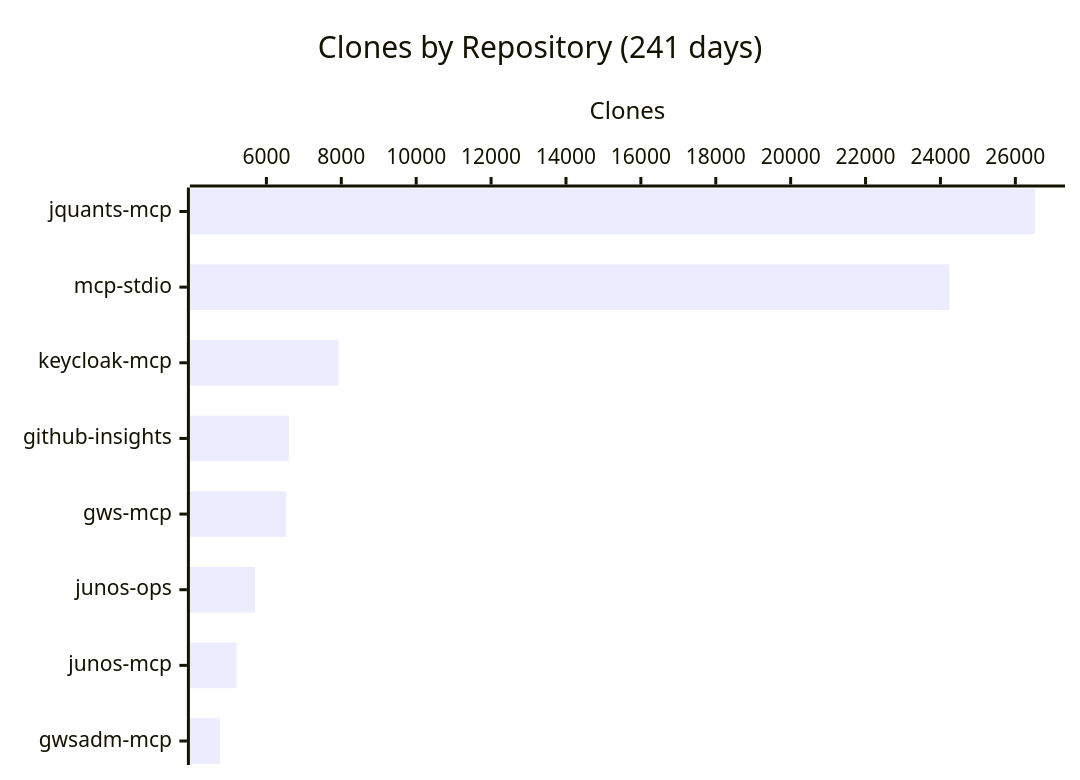
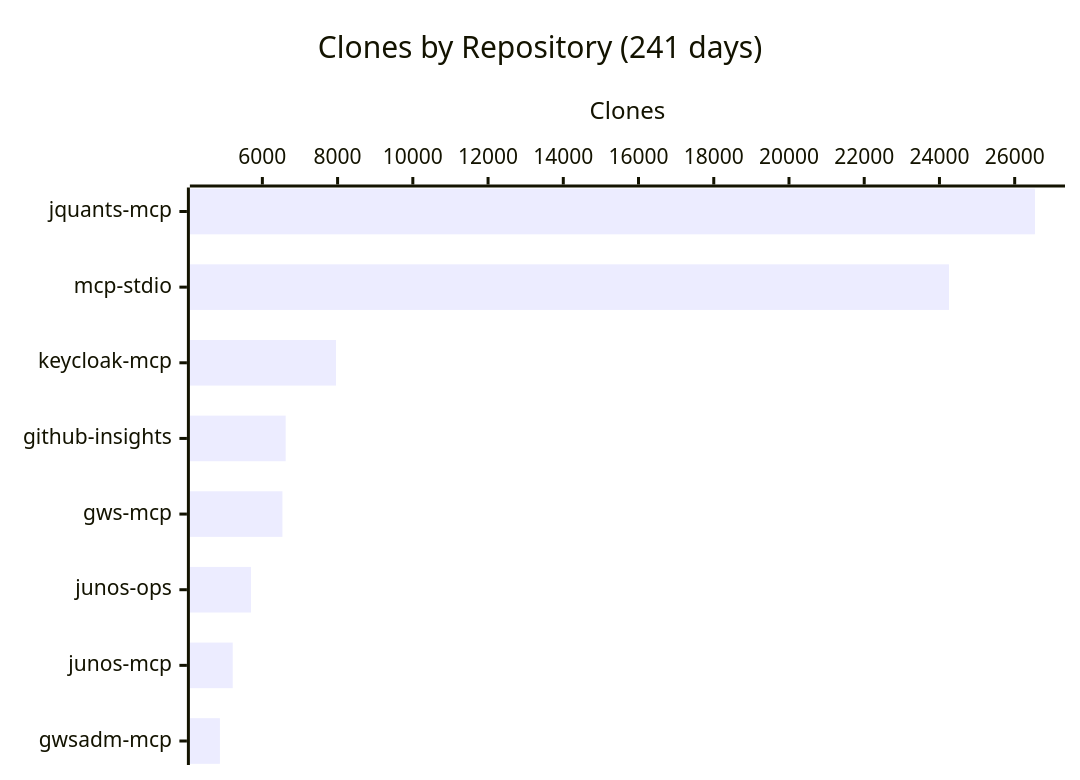
One commit to shigechika/github-insights changed the fourth of 4 diagrams in README.md. Above: the diagram before and after it, drawn with Mermaid. The commit also changed other lines of this file and 1 other file, not shown here.

````diff
--- a/README.md
+++ b/README.md
@@ -58,7 +58,7 @@
 ```mermaid
 xychart-beta horizontal
     title "Clones by Repository (241 days)"
     x-axis ["jquants-mcp", "mcp-stdio", "keycloak-mcp", "github-insights", "gws-mcp", "junos-ops", "junos-mcp", "gwsadm-mcp"]
     y-axis "Clones"
-    bar [26524, 24238, 7933, 6600, 6531, 5694, 5205, 4759]
+    bar [26539, 24253, 7957, 6620, 6534, 5698, 5212, 4872]
 ```
````
